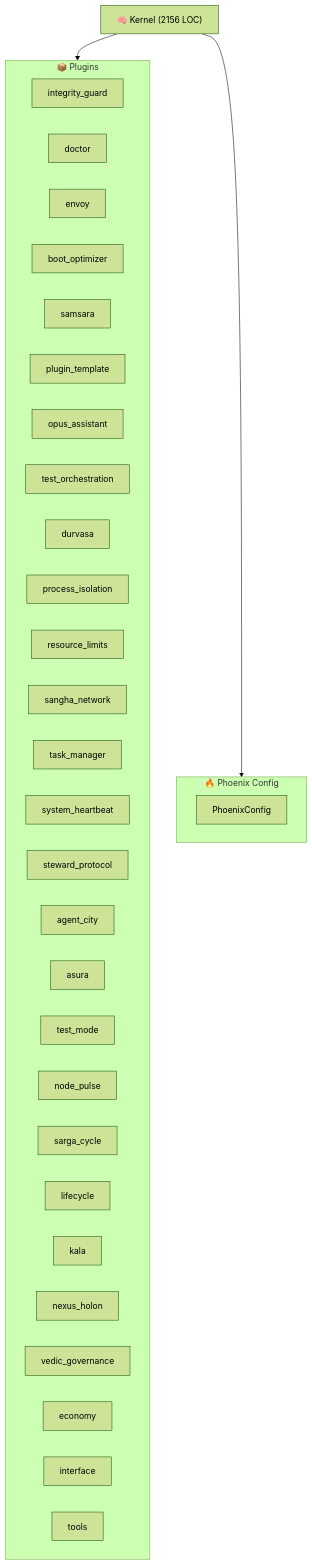
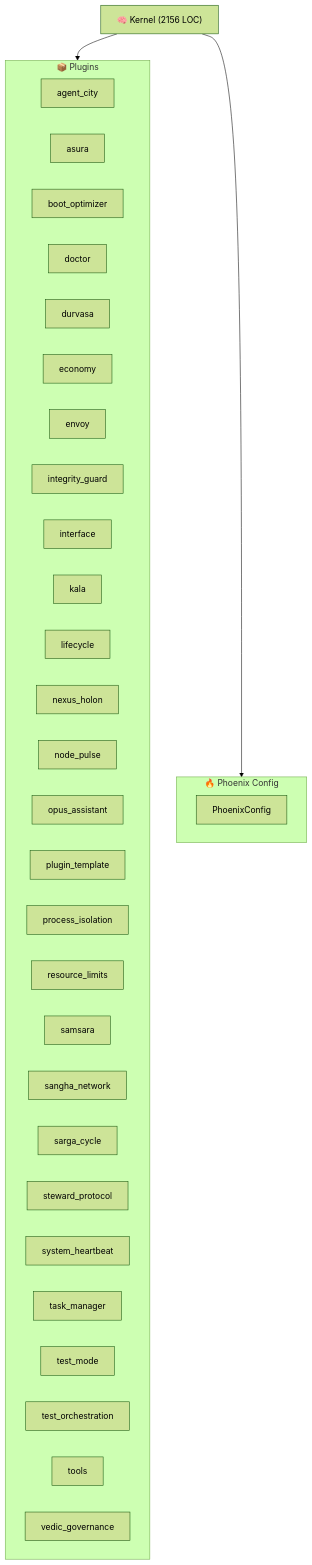
The diagram in ARCHITECTURE.md (kimeisele/steward-protocol), drawn with Mermaid (forest theme) before and after one commit. The commit also changed other lines of this file and 12 other files, not shown here.

````diff
--- a/ARCHITECTURE.md
+++ b/ARCHITECTURE.md
@@ -8,38 +8,38 @@
 ```mermaid
 graph TB
     K["🧠 Kernel (2156 LOC)"]
     subgraph Plugins["📦 Plugins"]
+        P_agent_city["agent_city"]
+        P_asura["asura"]
+        P_boot_optimizer["boot_optimizer"]
+        P_doctor["doctor"]
+        P_durvasa["durvasa"]
+        P_economy["economy"]
+        P_envoy["envoy"]
         P_integrity_guard["integrity_guard"]
-        P_doctor["doctor"]
-        P_envoy["envoy"]
-        P_boot_optimizer["boot_optimizer"]
-        P_samsara["samsara"]
+        P_interface["interface"]
+        P_kala["kala"]
+        P_lifecycle["lifecycle"]
+        P_nexus_holon["nexus_holon"]
+        P_node_pulse["node_pulse"]
+        P_opus_assistant["opus_assistant"]
         P_plugin_template["plugin_template"]
-        P_opus_assistant["opus_assistant"]
-        P_test_orchestration["test_orchestration"]
-        P_durvasa["durvasa"]
         P_process_isolation["process_isolation"]
         P_resource_limits["resource_limits"]
+        P_samsara["samsara"]
         P_sangha_network["sangha_network"]
+        P_sarga_cycle["sarga_cycle"]
+        P_steward_protocol["steward_protocol"]
+        P_system_heartbeat["system_heartbeat"]
         P_task_manager["task_manager"]
-        P_system_heartbeat["system_heartbeat"]
-        P_steward_protocol["steward_protocol"]
-        P_agent_city["agent_city"]
-        P_asura["asura"]
         P_test_mode["test_mode"]
-        P_node_pulse["node_pulse"]
-        P_sarga_cycle["sarga_cycle"]
-        P_lifecycle["lifecycle"]
-        P_kala["kala"]
-        P_nexus_holon["nexus_holon"]
+        P_test_orchestration["test_orchestration"]
+        P_tools["tools"]
         P_vedic_governance["vedic_governance"]
-        P_economy["economy"]
-        P_interface["interface"]
-        P_tools["tools"]
     end
     K --> Plugins
     subgraph Config["🔥 Phoenix Config"]
         PC[PhoenixConfig]
     end
     K --> Config
 ```
````
